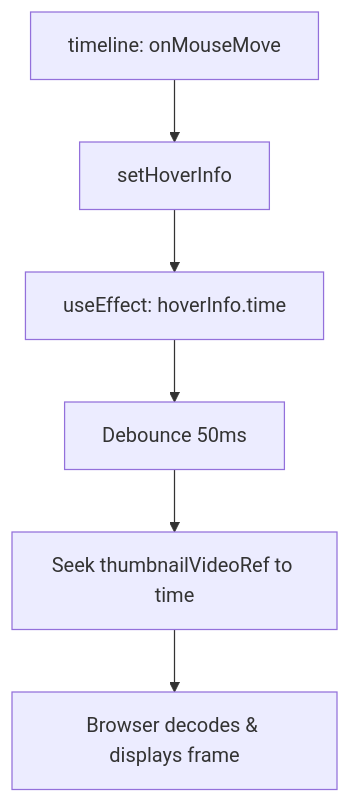
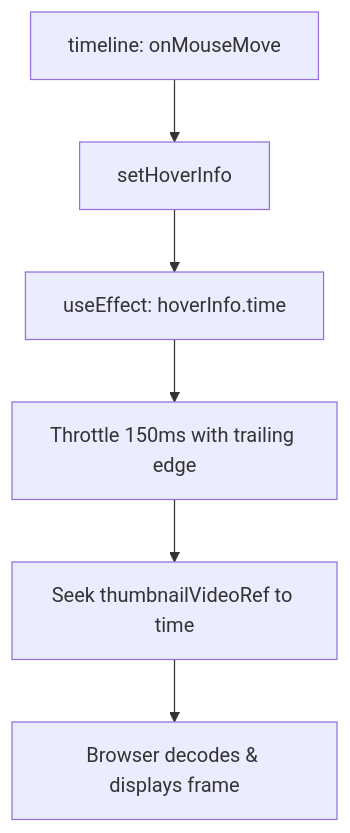
Before and after one commit to sf095/udemy-player: the diagram in docs/plan-timeline-thumbnails.md, drawn with Mermaid. The commit also changed other lines of this file and 3 other files, not shown here.

First line of the commit message:
refactor(timeline): replace debounce with throttle for thumbnail seeking

````diff
--- a/docs/plan-timeline-thumbnails.md
+++ b/docs/plan-timeline-thumbnails.md
@@ -16,8 +16,8 @@
 ```mermaid
 graph TD
     MouseMove[timeline: onMouseMove] --> UpdateHover[setHoverInfo]
     UpdateHover --> Effect[useEffect: hoverInfo.time]
-    Effect --> Debounce[Debounce 50ms]
-    Debounce --> SeekVideo[Seek thumbnailVideoRef to time]
+    Effect --> Throttle[Throttle 150ms with trailing edge]
+    Throttle --> SeekVideo[Seek thumbnailVideoRef to time]
     SeekVideo --> Render[Browser decodes & displays frame]
 ```
````
